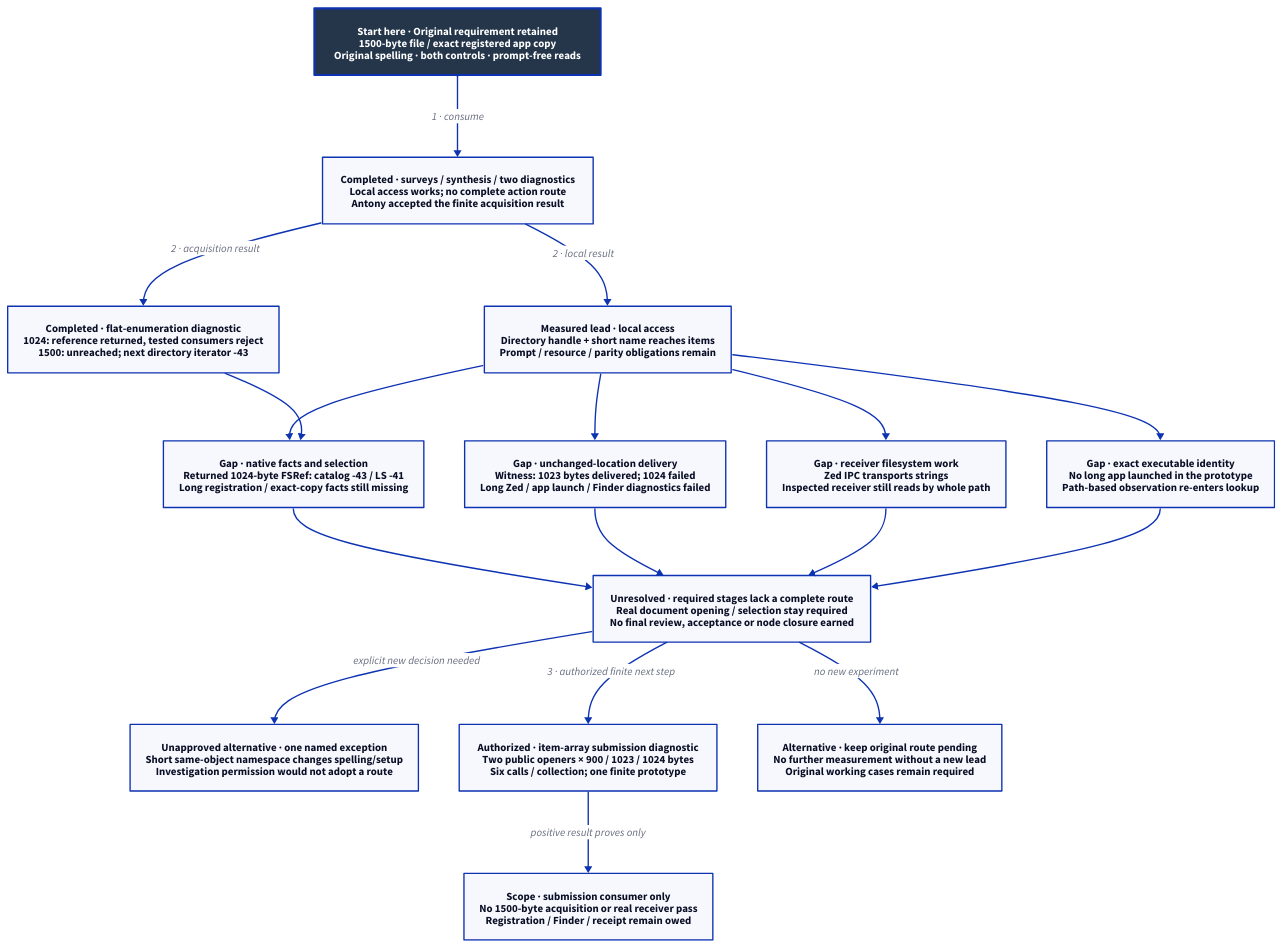
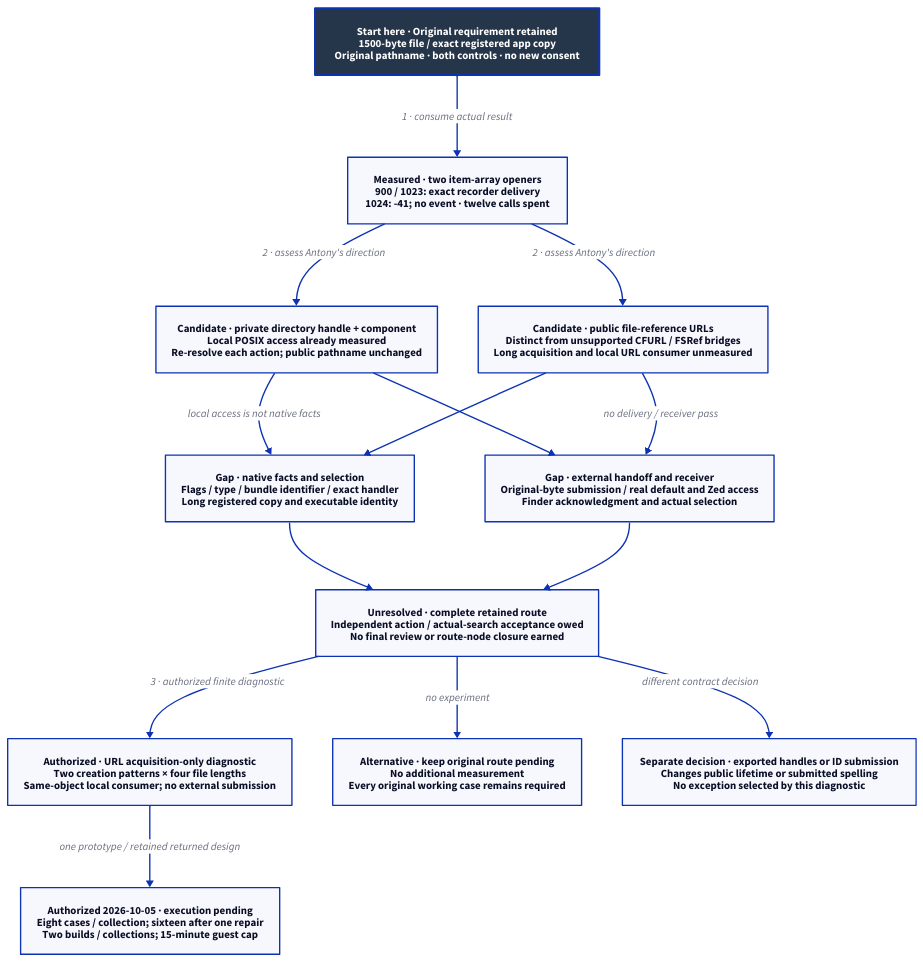
One commit to Linkuistics/Koine changed the diagram in docs/design/architecture/workspace-route-candidates.d2. Above: the diagram before and after it, drawn with D2. The commit also changed 17 other files, not shown here.

Commit message:
Authorize public URL acquisition diagnostic (file-reference-url-acquisition-k148)

```diff
--- a/docs/design/architecture/workspace-route-candidates.d2
+++ b/docs/design/architecture/workspace-route-candidates.d2
@@ -1,34 +1,29 @@
-# Returned acquisition result and authorized submission diagnostic; not action acceptance.
+# Returned item-array result and representation candidates; no new native run.
 direction: down
 classes: {
   start: {style: {fill: "#25364B"; font-color: "#FFFFFF"; bold: true; stroke-width: 3}}
 }
-Contract: "Start here · Original requirement retained\n1500-byte file / exact registered app copy\nOriginal spelling · both controls · prompt-free reads" {class: start}
-Evidence: "Completed · surveys / synthesis / two diagnostics\nLocal access works; no complete action route\nAntony accepted the finite acquisition result"
-Relative: "Measured lead · local access\nDirectory handle + short name reaches items\nPrompt / resource / parity obligations remain"
-Facts: "Gap · native facts and selection\nReturned 1024-byte FSRef: catalog -43 / LS -41\nLong registration / exact-copy facts still missing"
-Handoff: "Gap · unchanged-location delivery\nWitness: 1023 bytes delivered; 1024 failed\nLong Zed / app launch / Finder diagnostics failed"
-Receiver: "Gap · receiver filesystem work\nZed IPC transports strings\nInspected receiver still reads by whole path"
-Receipt: "Gap · exact executable identity\nNo long app launched in the prototype\nPath-based observation re-enters lookup"
-Pending: "Unresolved · required stages lack a complete route\nReal document opening / selection stay required\nNo final review, acceptance or node closure earned"
-Investigation: "Completed · flat-enumeration diagnostic\n1024: reference returned, tested consumers reject\n1500: unreached; next directory iterator -43"
-Exception: "Unapproved alternative · one named exception\nShort same-object namespace changes spelling/setup\nInvestigation permission would not adopt a route"
-Proposal: "Authorized · item-array submission diagnostic\nTwo public openers × 900 / 1023 / 1024 bytes\nSix calls / collection; one finite prototype"
-Limit: "Scope · submission consumer only\nNo 1500-byte acquisition or real receiver pass\nRegistration / Finder / receipt remain owed"
-Hold: "Alternative · keep original route pending\nNo further measurement without a new lead\nOriginal working cases remain required"
-Contract -> Evidence: "1 · consume"
-Evidence -> Relative: "2 · local result"
-Relative -> Facts
-Relative -> Handoff
-Relative -> Receiver
-Relative -> Receipt
+Contract: "Start here · Original requirement retained\n1500-byte file / exact registered app copy\nOriginal pathname · both controls · no new consent" {class: start}
+Evidence: "Measured · two item-array openers\n900 / 1023: exact recorder delivery\n1024: -41; no event · twelve calls spent"
+Relative: "Candidate · private directory handle + component\nLocal POSIX access already measured\nRe-resolve each action; public pathname unchanged"
+References: "Candidate · public file-reference URLs\nDistinct from unsupported CFURL / FSRef bridges\nLong acquisition and local URL consumer unmeasured"
+Facts: "Gap · native facts and selection\nFlags / type / bundle identifier / exact handler\nLong registered copy and executable identity"
+External: "Gap · external handoff and receiver\nOriginal-byte submission / real default and Zed access\nFinder acknowledgment and actual selection"
+Pending: "Unresolved · complete retained route\nIndependent action / actual-search acceptance owed\nNo final review or route-node closure earned"
+Proposal: "Authorized · URL acquisition-only diagnostic\nTwo creation patterns × four file lengths\nSame-object local consumer; no external submission"
+Bounds: "Authorized 2026-10-05 · execution pending\nEight cases / collection; sixteen after one repair\nTwo builds / collections; 15-minute guest cap"
+Hold: "Alternative · keep original route pending\nNo additional measurement\nEvery original working case remains required"
+Exception: "Separate decision · exported handles or ID submission\nChanges public lifetime or submitted spelling\nNo exception selected by this diagnostic"
+Contract -> Evidence: "1 · consume actual result"
+Evidence -> Relative: "2 · assess Antony's direction"
+Evidence -> References: "2 · assess Antony's direction"
+Relative -> Facts: "local access is not native facts"
+Relative -> External
+References -> Facts
+References -> External: "no delivery / receiver pass"
 Facts -> Pending
-Handoff -> Pending
-Receiver -> Pending
-Receipt -> Pending
-Evidence -> Investigation: "2 · acquisition result"
-Investigation -> Facts
-Pending -> Proposal: "3 · authorized finite next step"
-Proposal -> Limit: "positive result proves only"
-Pending -> Hold: "no new experiment"
-Pending -> Exception: "explicit new decision needed"
+External -> Pending
+Pending -> Proposal: "3 · authorized finite diagnostic"
+Proposal -> Bounds: "one prototype / retained returned design"
+Pending -> Hold: "no experiment"
+Pending -> Exception: "different contract decision"
```
